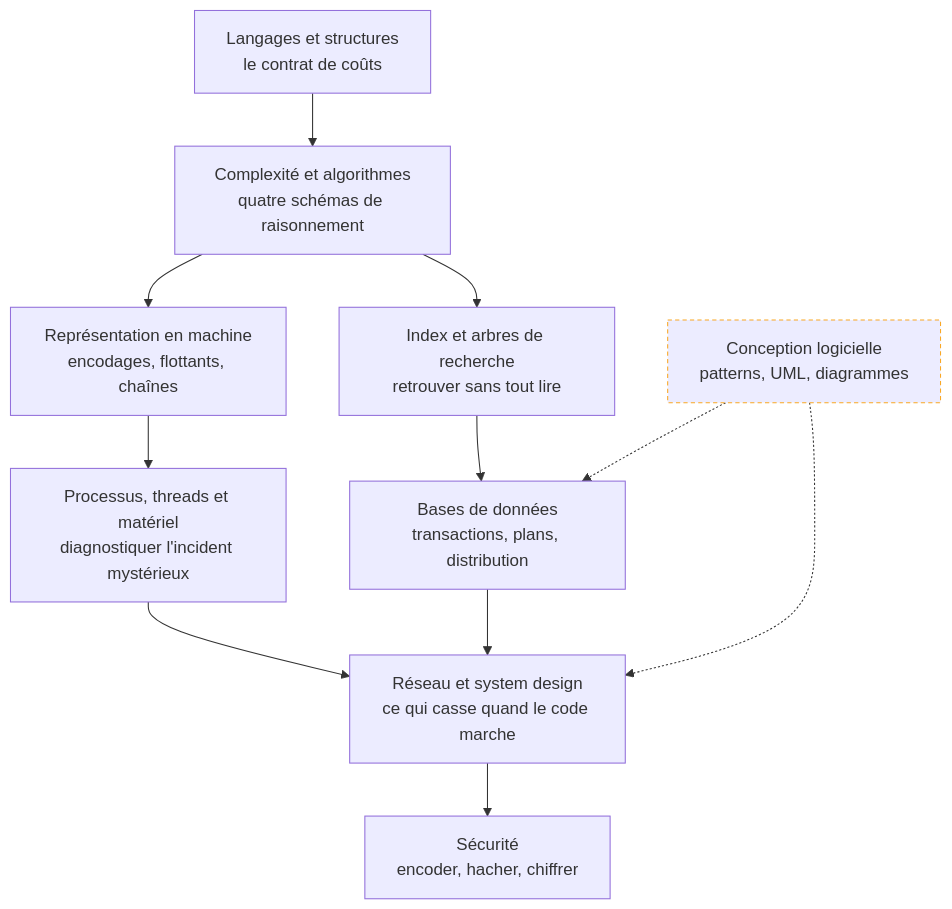
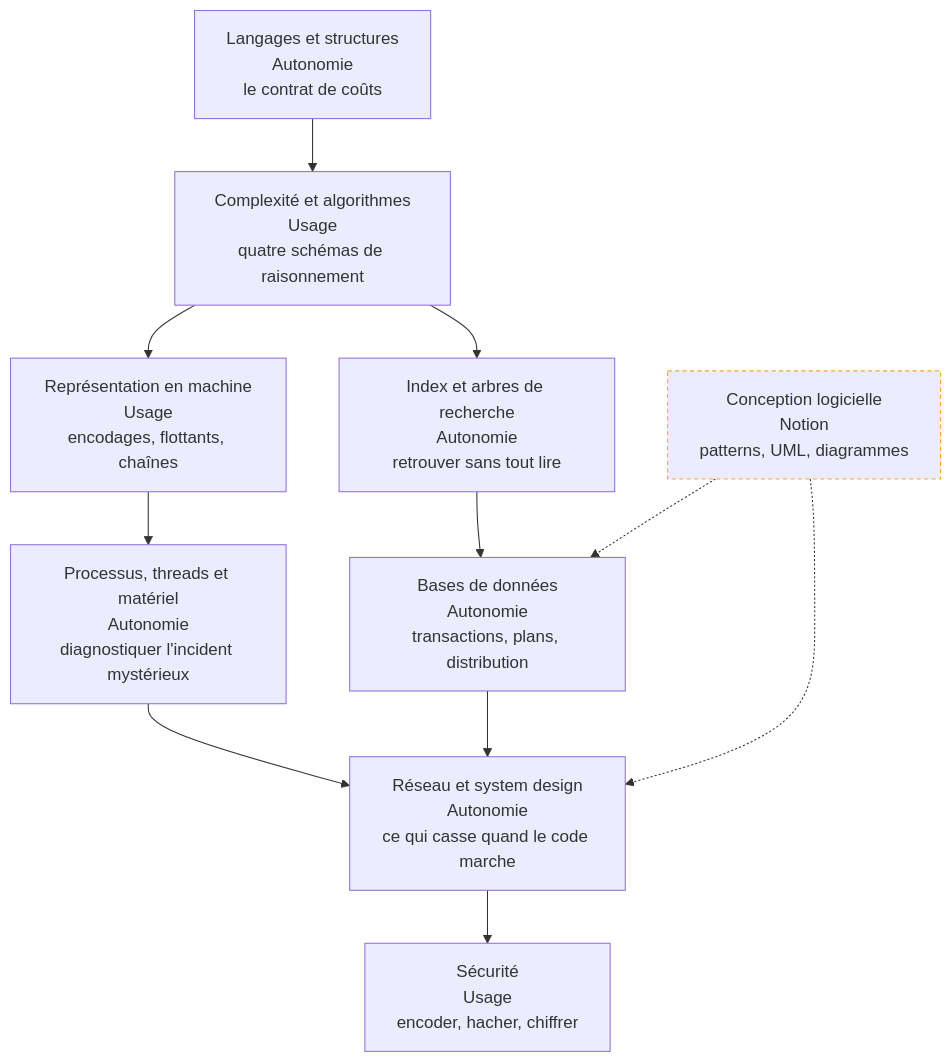
Before and after one commit to floSa/Atlas-Metiers-Roadmaps: the diagram in content/parcours/computer-science/index.md, drawn with Mermaid. The commit also changed other lines of this file, not shown here.

Commit message:
Computer Science : la carte d'entree porte le niveau attendu, et aucun domaine n'est en reference

````diff
--- a/content/parcours/computer-science/index.md
+++ b/content/parcours/computer-science/index.md
@@ -15,26 +15,26 @@
 ```mermaid
 flowchart TD
-  L["Langages et structures<br/>le contrat de coûts"] --> A["Complexité et algorithmes<br/>quatre schémas de raisonnement"]
-  A --> R["Représentation en machine<br/>encodages, flottants, chaînes"]
-  A --> I["Index et arbres de recherche<br/>retrouver sans tout lire"]
-  I --> B["Bases de données<br/>transactions, plans, distribution"]
-  R --> M["Processus, threads et matériel<br/>diagnostiquer l'incident mystérieux"]
-  B --> N["Réseau et system design<br/>ce qui casse quand le code marche"]
+  L["Langages et structures<br/>Autonomie<br/>le contrat de coûts"] --> A["Complexité et algorithmes<br/>Usage<br/>quatre schémas de raisonnement"]
+  A --> R["Représentation en machine<br/>Usage<br/>encodages, flottants, chaînes"]
+  A --> I["Index et arbres de recherche<br/>Autonomie<br/>retrouver sans tout lire"]
+  I --> B["Bases de données<br/>Autonomie<br/>transactions, plans, distribution"]
+  R --> M["Processus, threads et matériel<br/>Autonomie<br/>diagnostiquer l'incident mystérieux"]
+  B --> N["Réseau et system design<br/>Autonomie<br/>ce qui casse quand le code marche"]
   M --> N
-  N --> S["Sécurité<br/>encoder, hacher, chiffrer"]
-  C["Conception logicielle<br/>patterns, UML, diagrammes"] -.-> B
+  N --> S["Sécurité<br/>Usage<br/>encoder, hacher, chiffrer"]
+  C["Conception logicielle<br/>Notion<br/>patterns, UML, diagrammes"] -.-> B
   C -.-> N
 
   click L "/parcours/computer-science/langages-et-structures-de-donnees"
   click A "/parcours/computer-science/complexite-et-algorithmes"
   click R "/parcours/computer-science/representation-en-machine"
   click I "/parcours/computer-science/index-et-arbres-de-recherche"
   click B "/parcours/computer-science/bases-de-donnees"
   click M "/parcours/computer-science/processus-threads-et-materiel"
   click N "/parcours/computer-science/reseau-et-system-design"
   click S "/parcours/computer-science/securite"
   click C "/parcours/computer-science/conception-logicielle"
 
   classDef transverse stroke:#f9a825,stroke-width:1px,stroke-dasharray:4 3
   class C transverse
 ```
````
